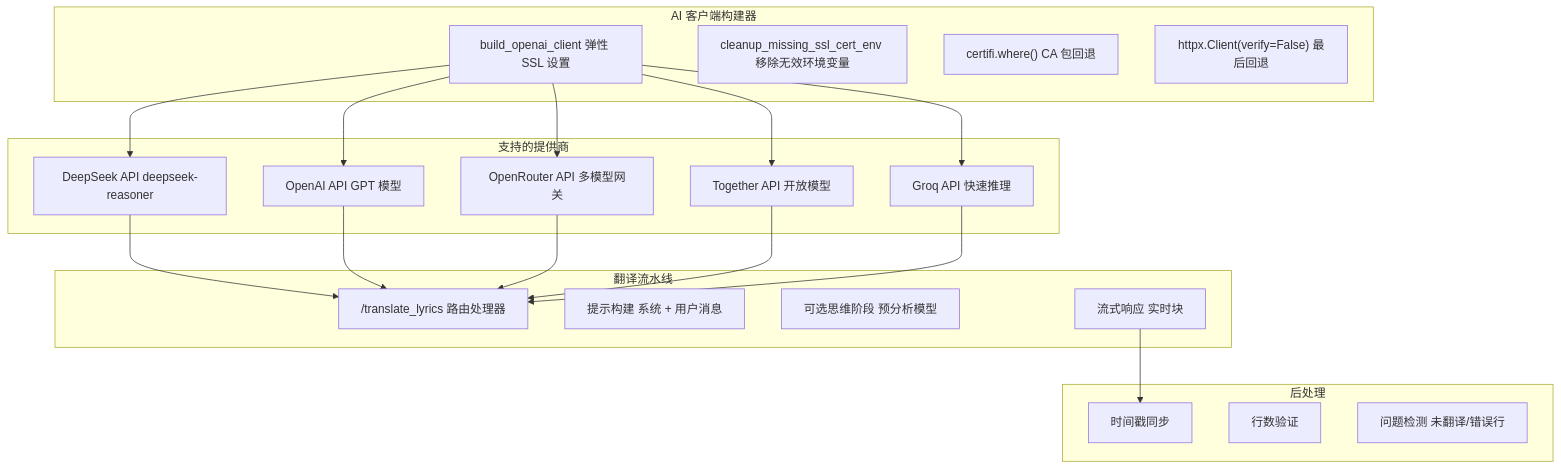
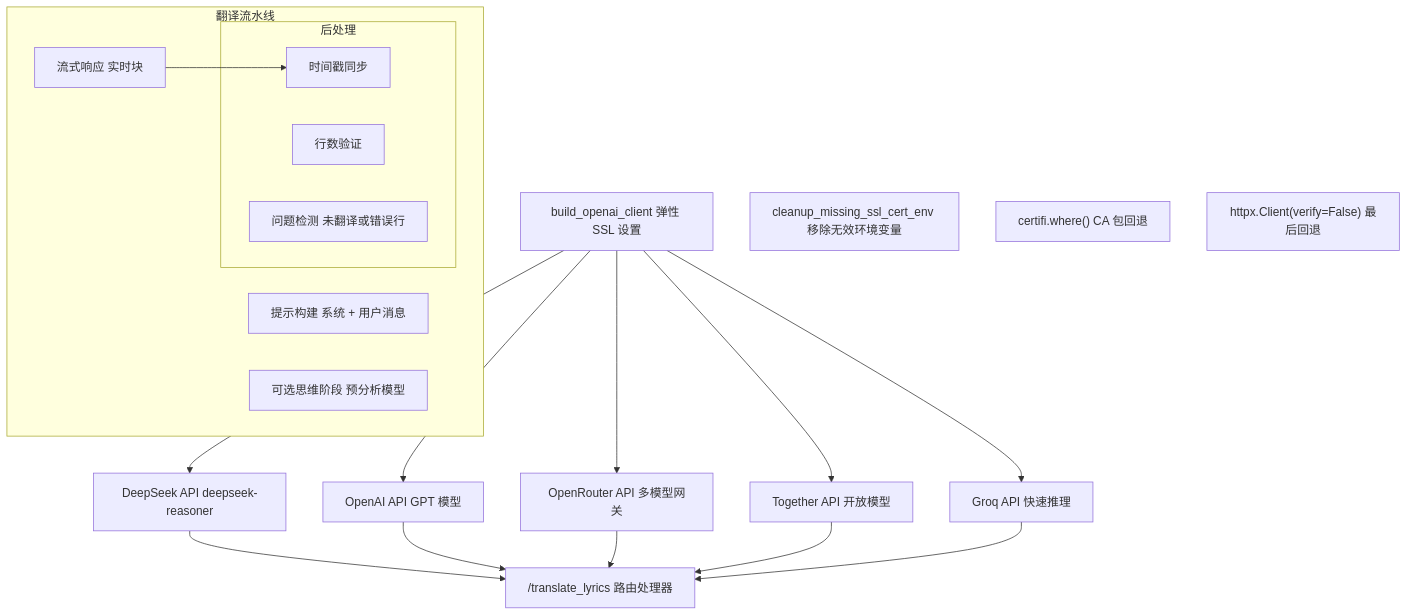
Diagram 12 of 44 in README.md (HKLHaoBin/LyricSphere), drawn with Mermaid before and after one commit.

Commit message:
docs: 更新流程图结构并优化可读性
- 调整子图分组，使翻译流水线结构更清晰
- 修复问题检测节点的描述文字
- 移除冗余的子图分组
- 添加缺失的后处理子图连接

````diff
--- a/README.md
+++ b/README.md
@@ -959,59 +959,46 @@
 ```mermaid
 flowchart TD
     BuildClient["build_openai_client 弹性 SSL 设置"]
     CleanupSSL["cleanup_missing_ssl_cert_env 移除无效环境变量"]
     CertifiFallback["certifi.where() CA 包回退"]
     DisableSSLLastResort["httpx.Client(verify=False) 最后回退"]
     DeepSeek["DeepSeek API deepseek-reasoner"]
     OpenAI["OpenAI API GPT 模型"]
     OpenRouter["OpenRouter API 多模型网关"]
     Together["Together API 开放模型"]
     Groq["Groq API 快速推理"]
     TranslateEndpoint["/translate_lyrics 路由处理器"]
     PromptConstruction["提示构建 系统 + 用户消息"]
     ThinkingModel["可选思维阶段 预分析模型"]
     StreamingResponse["流式响应 实时块"]
-    TimestampSync[时间戳同步]
-    LineValidation[行数验证]
-    IssueDetection["问题检测 未翻译/错误行"]
+    TimestampSync["时间戳同步"]
+    LineValidation["行数验证"]
+    IssueDetection["问题检测 未翻译或错误行"]
 
     BuildClient --> DeepSeek
     BuildClient --> OpenAI
     BuildClient --> OpenRouter
     BuildClient --> Together
     BuildClient --> Groq
+
     DeepSeek --> TranslateEndpoint
     OpenAI --> TranslateEndpoint
     OpenRouter --> TranslateEndpoint
     Together --> TranslateEndpoint
     Groq --> TranslateEndpoint
+
     StreamingResponse --> TimestampSync
 
     subgraph PostProcessing[后处理]
         TimestampSync
         LineValidation
         IssueDetection
     end
 
     subgraph TranslationPipeline[翻译流水线]
-        TranslateEndpoint
         PromptConstruction
         ThinkingModel
         StreamingResponse
-    end
-
-    subgraph SupportedProviders[支持的提供商]
-        DeepSeek
-        OpenAI
-        OpenRouter
-        Together
-        Groq
-    end
-
-    subgraph AIClientBuilder[AI 客户端构建器]
-        BuildClient
-        CleanupSSL
-        CertifiFallback
-        DisableSSLLastResort
+        PostProcessing
     end
 ```
````
